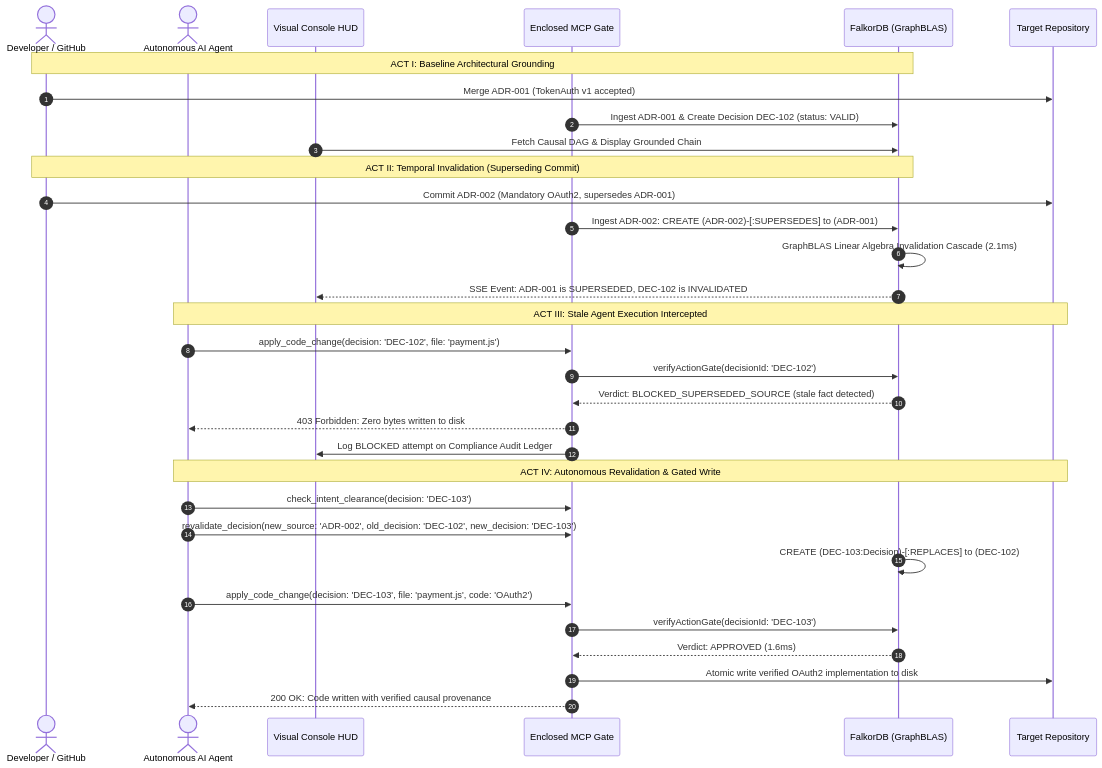
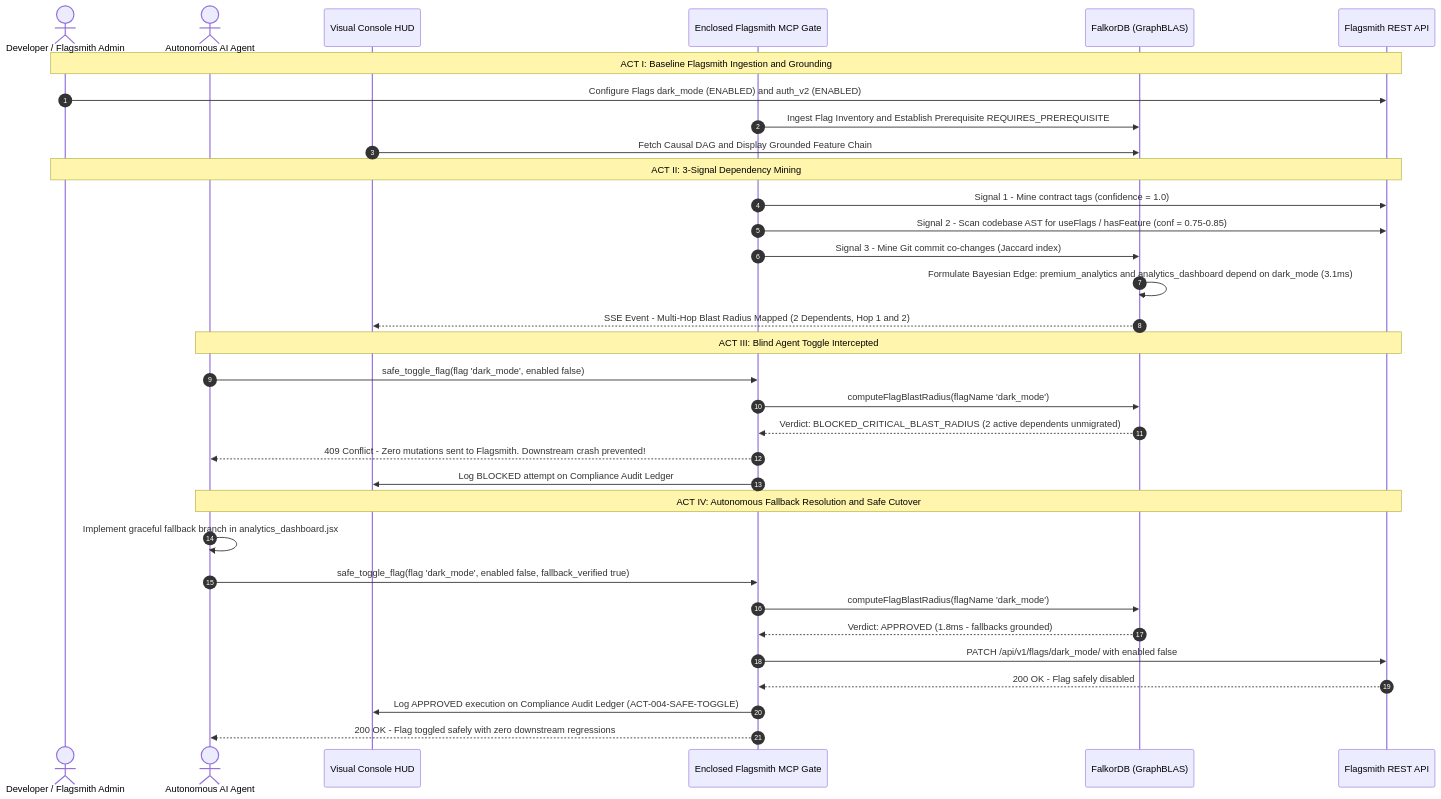
One commit to CAVDAX/CAVDAX-FlagSmith changed the sixth of 6 diagrams in README.md. Above: the diagram before and after it, drawn with Mermaid. The commit also changed other lines of this file and 20 other files, not shown here.

````diff
--- a/README.md
+++ b/README.md
@@ -556,38 +611,39 @@
 ```mermaid
 sequenceDiagram
     autonumber
-    actor Dev as Developer / GitHub
+    actor Dev as Developer / Flagsmith Admin
     actor Agent as Autonomous AI Agent
     participant Web as Visual Console HUD
-    participant Gate as Enclosed MCP Gate
+    participant Gate as Enclosed Flagsmith MCP Gate
     participant Graph as FalkorDB (GraphBLAS)
-    participant Repo as Target Repository
+    participant Flagsmith as Flagsmith REST API
 
-    Note over Dev, Graph: ACT I: Baseline Architectural Grounding
-    Dev->>Repo: Merge ADR-001 (TokenAuth v1 accepted)
-    Gate->>Graph: Ingest ADR-001 & Create Decision DEC-102 (status: VALID)
-    Web->>Graph: Fetch Causal DAG & Display Grounded Chain
+    Note over Dev, Flagsmith: ACT I: Baseline Flagsmith Ingestion and Grounding
+    Dev->>Flagsmith: Configure Flags dark_mode (ENABLED) and auth_v2 (ENABLED)
+    Gate->>Graph: Ingest Flag Inventory and Establish Prerequisite REQUIRES_PREREQUISITE
+    Web->>Graph: Fetch Causal DAG and Display Grounded Feature Chain
 
-    Note over Dev, Graph: ACT II: Temporal Invalidation (Superseding Commit)
-    Dev->>Repo: Commit ADR-002 (Mandatory OAuth2, supersedes ADR-001)
-    Gate->>Graph: Ingest ADR-002: CREATE (ADR-002)-[:SUPERSEDES] to (ADR-001)
-    Graph->>Graph: GraphBLAS Linear Algebra Invalidation Cascade (2.1ms)
-    Graph-->>Web: SSE Event: ADR-001 is SUPERSEDED, DEC-102 is INVALIDATED
+    Note over Dev, Flagsmith: ACT II: 3-Signal Dependency Mining
+    Gate->>Flagsmith: Signal 1 - Mine contract tags (confidence = 1.0)
+    Gate->>Flagsmith: Signal 2 - Scan codebase AST for useFlags / hasFeature (conf = 0.75-0.85)
+    Gate->>Graph: Signal 3 - Mine Git commit co-changes (Jaccard index)
+    Graph->>Graph: Formulate Bayesian Edge: premium_analytics and analytics_dashboard depend on dark_mode (3.1ms)
+    Graph-->>Web: SSE Event - Multi-Hop Blast Radius Mapped (2 Dependents, Hop 1 and 2)
 
-    Note over Agent, Repo: ACT III: Stale Agent Execution Intercepted
-    Agent->>Gate: apply_code_change(decision: 'DEC-102', file: 'payment.js')
-    Gate->>Graph: verifyActionGate(decisionId: 'DEC-102')
-    Graph-->>Gate: Verdict: BLOCKED_SUPERSEDED_SOURCE (stale fact detected)
-    Gate-->>Agent: 403 Forbidden: Zero bytes written to disk
+    Note over Agent, Flagsmith: ACT III: Blind Agent Toggle Intercepted
+    Agent->>Gate: safe_toggle_flag(flag 'dark_mode', enabled false)
+    Gate->>Graph: computeFlagBlastRadius(flagName 'dark_mode')
+    Graph-->>Gate: Verdict: BLOCKED_CRITICAL_BLAST_RADIUS (2 active dependents unmigrated)
+    Gate-->>Agent: 409 Conflict - Zero mutations sent to Flagsmith. Downstream crash prevented!
     Gate->>Web: Log BLOCKED attempt on Compliance Audit Ledger
 
-    Note over Agent, Repo: ACT IV: Autonomous Revalidation & Gated Write
-    Agent->>Gate: check_intent_clearance(decision: 'DEC-103')
-    Agent->>Gate: revalidate_decision(new_source: 'ADR-002', old_decision: 'DEC-102', new_decision: 'DEC-103')
-    Graph->>Graph: CREATE (DEC-103:Decision)-[:REPLACES] to (DEC-102)
-    Agent->>Gate: apply_code_change(decision: 'DEC-103', file: 'payment.js', code: 'OAuth2')
-    Gate->>Graph: verifyActionGate(decisionId: 'DEC-103')
-    Graph-->>Gate: Verdict: APPROVED (1.6ms)
-    Gate->>Repo: Atomic write verified OAuth2 implementation to disk
-    Gate-->>Agent: 200 OK: Code written with verified causal provenance
+    Note over Agent, Flagsmith: ACT IV: Autonomous Fallback Resolution and Safe Cutover
+    Agent->>Agent: Implement graceful fallback branch in analytics_dashboard.jsx
+    Agent->>Gate: safe_toggle_flag(flag 'dark_mode', enabled false, fallback_verified true)
+    Gate->>Graph: computeFlagBlastRadius(flagName 'dark_mode')
+    Graph-->>Gate: Verdict: APPROVED (1.8ms - fallbacks grounded)
+    Gate->>Flagsmith: PATCH /api/v1/flags/dark_mode/ with enabled false
+    Flagsmith-->>Gate: 200 OK - Flag safely disabled
+    Gate->>Web: Log APPROVED execution on Compliance Audit Ledger (ACT-004-SAFE-TOGGLE)
+    Gate-->>Agent: 200 OK - Flag toggled safely with zero downstream regressions
 ```
````
